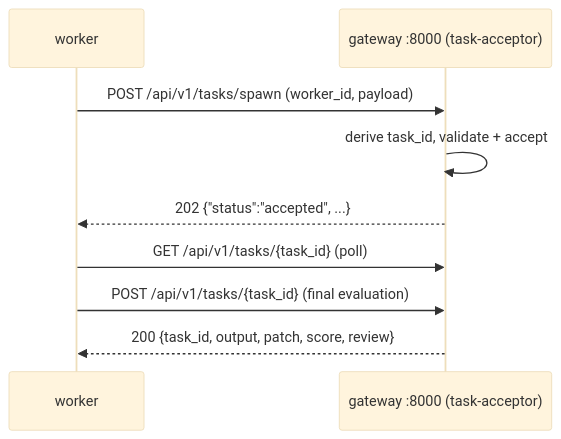
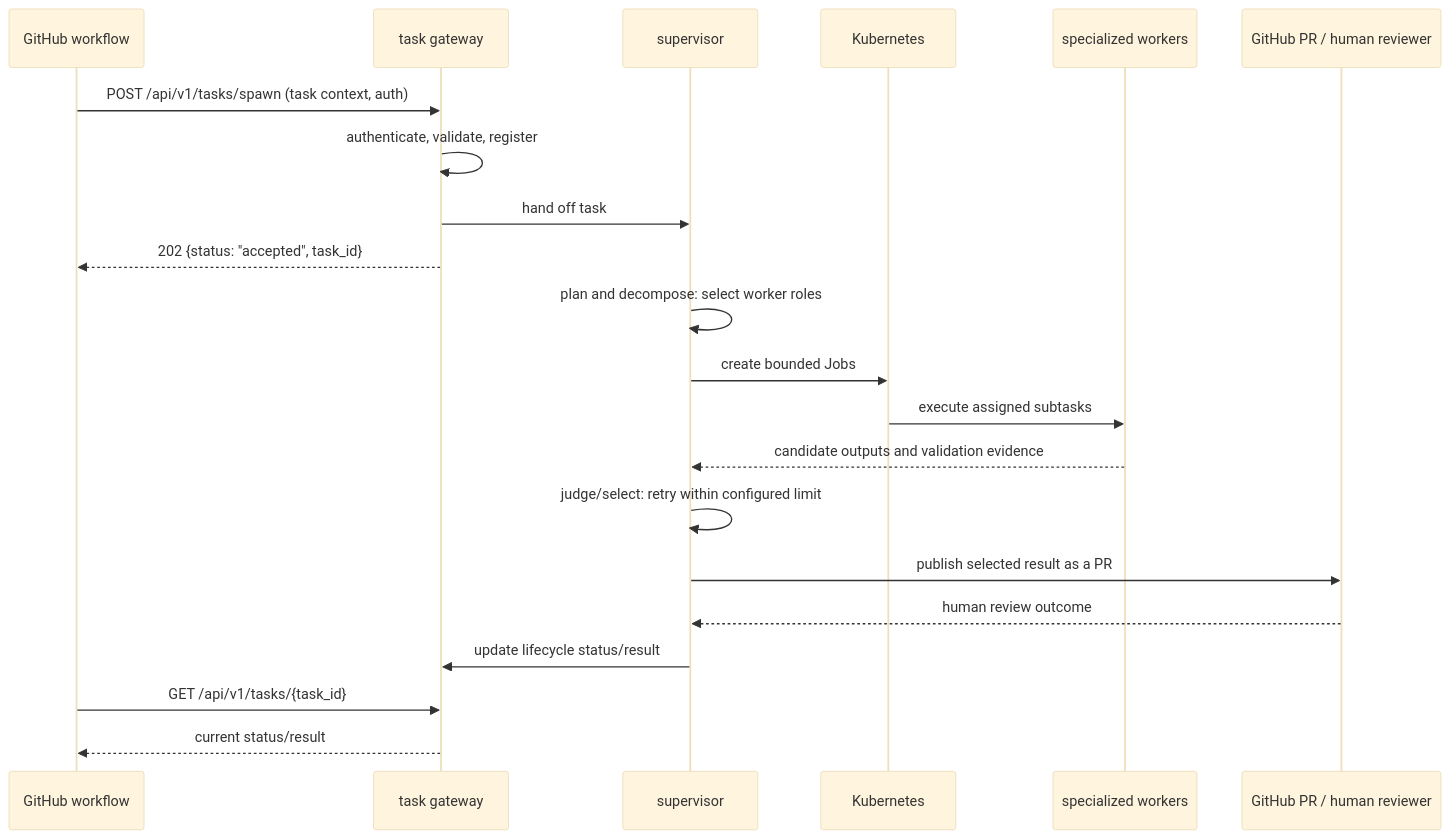
Before and after one commit to UtopikLab/code-factory: the second of 4 diagrams in docs/design/thinktank-plan.md, drawn with Mermaid (base theme). The commit also changed other lines of this file and 29 other files, not shown here.

First line of the commit message:
Refactor worker to use Coder API and remove OpenAI dependencies

````diff
--- a/docs/design/thinktank-plan.md
+++ b/docs/design/thinktank-plan.md
@@ -206,11 +178,23 @@
 ```mermaid
 sequenceDiagram
-    participant W as worker
-  participant SVC as gateway :8000 (task-acceptor)
-    W->>SVC: POST /api/v1/tasks/spawn (worker_id, payload)
-    SVC->>SVC: derive task_id, validate + accept
-    SVC-->>W: 202 {"status":"accepted", ...}
-    W->>SVC: GET /api/v1/tasks/{task_id} (poll)
-    W->>SVC: POST /api/v1/tasks/{task_id} (final evaluation)
-    SVC-->>W: 200 {task_id, output, patch, score, review}
+    participant GH as GitHub workflow
+    participant GW as task gateway
+    participant S as supervisor
+    participant K8 as Kubernetes
+    participant W as specialized workers
+    participant PR as GitHub PR / human reviewer
+    GH->>GW: POST /api/v1/tasks/spawn (task context, auth)
+    GW->>GW: authenticate, validate, register
+    GW->>S: hand off task
+    GW-->>GH: 202 {status: "accepted", task_id}
+    S->>S: plan and decompose: select worker roles
+    S->>K8: create bounded Jobs
+    K8->>W: execute assigned subtasks
+    W-->>S: candidate outputs and validation evidence
+    S->>S: judge/select: retry within configured limit
+    S->>PR: publish selected result as a PR
+    PR-->>S: human review outcome
+    S->>GW: update lifecycle status/result
+    GH->>GW: GET /api/v1/tasks/{task_id}
+    GW-->>GH: current status/result
 ```
````
